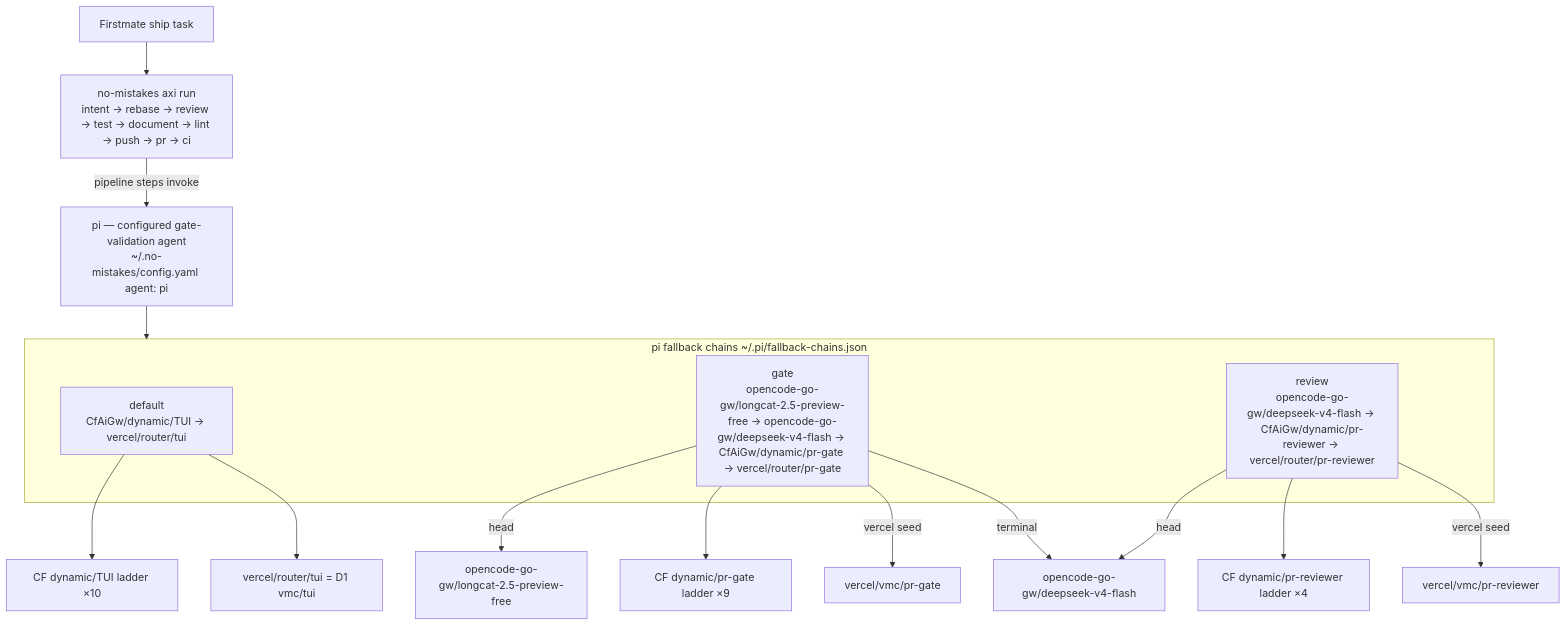
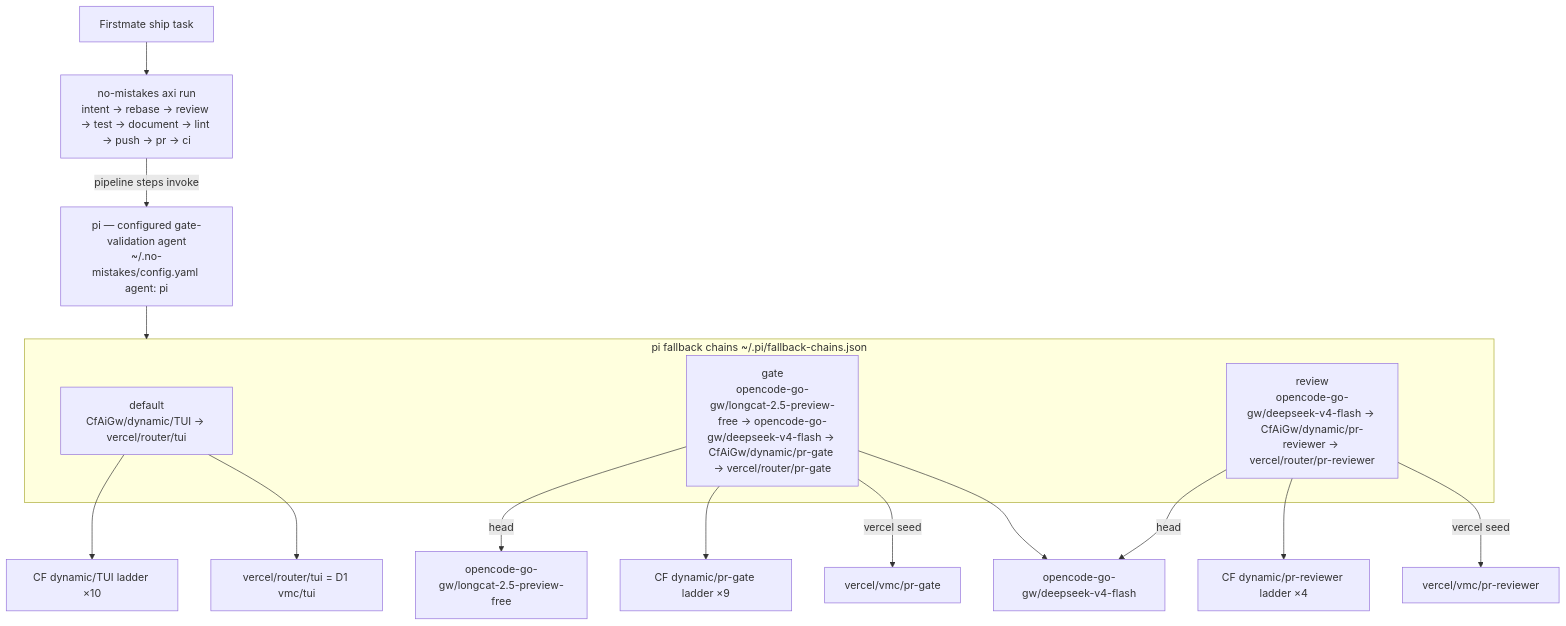
One commit to phillias/dotfiles changed the second of 2 diagrams in dot_agents/skills/provider-catalog/references/ROUTING_TOPOLOGY.md. Above: the diagram before and after it, drawn with Mermaid. The commit also changed 3 other files, not shown here.

````diff
--- a/dot_agents/skills/provider-catalog/references/ROUTING_TOPOLOGY.md
+++ b/dot_agents/skills/provider-catalog/references/ROUTING_TOPOLOGY.md
@@ -72,23 +72,23 @@
 ```mermaid
 flowchart TD
     fm[Firstmate ship task]
     nm["no-mistakes axi run<br/>intent → rebase → review → test → document → lint → push → pr → ci"]
     fm --> nm
     pi["pi — configured gate-validation agent<br/>~/.no-mistakes/config.yaml agent: pi"]
     nm -->|pipeline steps invoke| pi
     subgraph chains[pi fallback chains ~/.pi/fallback-chains.json]
         DEF["default<br/>CfAiGw/dynamic/TUI → vercel/router/tui"]
         GATEC["gate<br/>opencode-go-gw/longcat-2.5-preview-free → opencode-go-gw/deepseek-v4-flash → CfAiGw/dynamic/pr-gate → vercel/router/pr-gate"]
         REV2["review<br/>opencode-go-gw/deepseek-v4-flash → CfAiGw/dynamic/pr-reviewer → vercel/router/pr-reviewer"]
     end
     pi --> chains
     GATEC -->|head| lcat[opencode-go-gw/longcat-2.5-preview-free]
     GATEC --> cfroute[CF dynamic/pr-gate ladder ×9]
     REV2 --> cfroute2[CF dynamic/pr-reviewer ladder ×4]
     DEF --> cfroute3[CF dynamic/TUI ladder ×10]
     GATEC -->|vercel seed| vg[vercel/vmc/pr-gate]
     REV2 -->|vercel seed| vr[vercel/vmc/pr-reviewer]
-    GATEC -->|terminal| ogw[opencode-go-gw/deepseek-v4-flash]
+    GATEC --> ogw[opencode-go-gw/deepseek-v4-flash]
     REV2 -->|head| ogw
     DEF --> vtui[vercel/router/tui = D1 vmc/tui]
 ```
````
